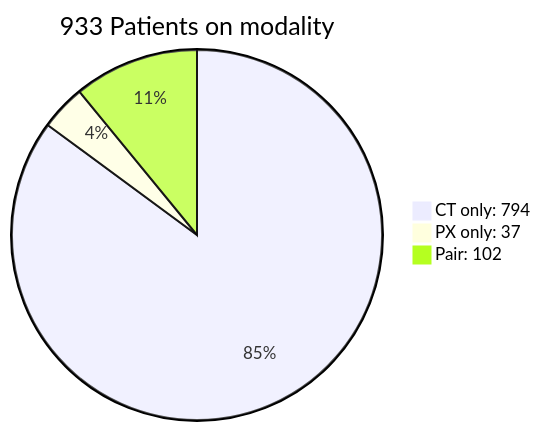
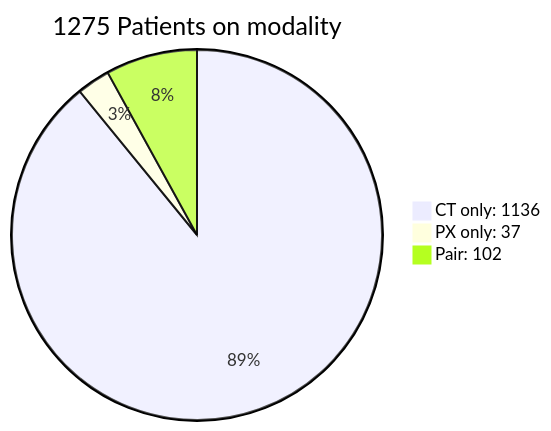
Before and after one commit to doidio/nonapx: the fifth of 5 diagrams in SUMMARY.md, drawn with Mermaid. The commit also changed other lines of this file, not shown here.

````diff
--- a/SUMMARY.md
+++ b/SUMMARY.md
@@ -55,6 +55,6 @@
 ```mermaid
-pie title 933 Patients on modality
-    "CT only: 794": 794
+pie title 1275 Patients on modality
+    "CT only: 1136": 1136
     "PX only: 37": 37
     "Pair: 102": 102
 ```
````
